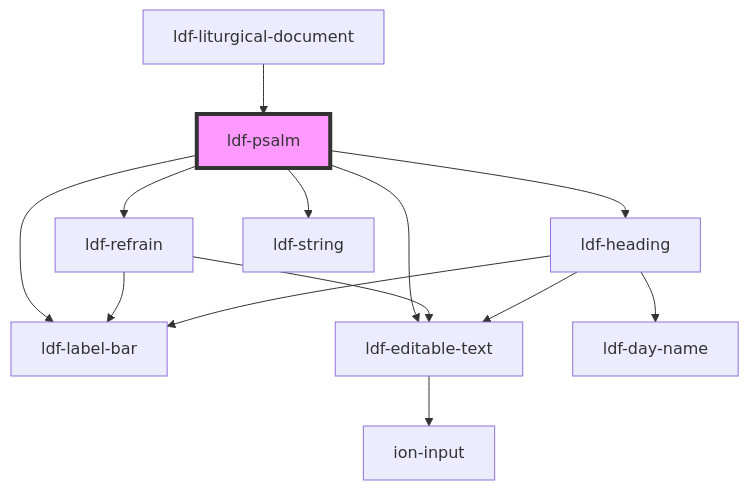
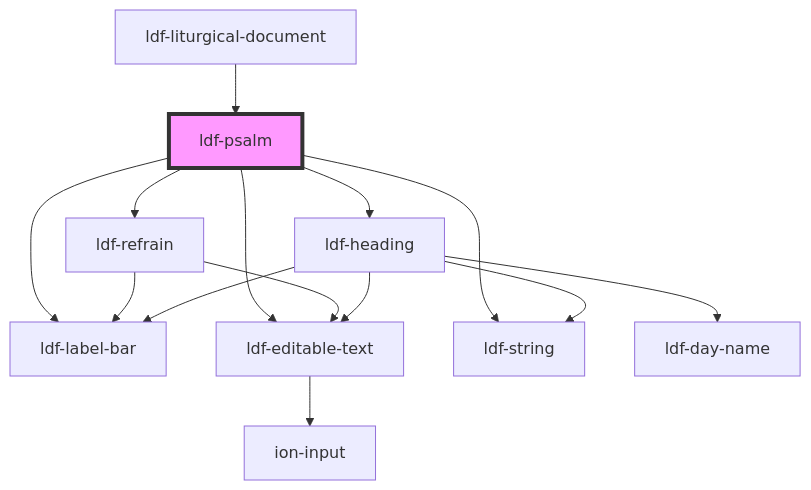
One commit to gbj/venite changed the diagram in components/src/components/psalm/readme.md. Above: the diagram before and after it, drawn with Mermaid. The commit also changed 90 other files, not shown here.

````diff
--- a/components/src/components/psalm/readme.md
+++ b/components/src/components/psalm/readme.md
@@ -32,16 +32,17 @@
 ```mermaid
 graph TD;
   ldf-psalm --> ldf-refrain
   ldf-psalm --> ldf-heading
   ldf-psalm --> ldf-label-bar
   ldf-psalm --> ldf-editable-text
   ldf-psalm --> ldf-string
   ldf-refrain --> ldf-label-bar
   ldf-refrain --> ldf-editable-text
   ldf-editable-text --> ion-input
+  ldf-heading --> ldf-string
   ldf-heading --> ldf-editable-text
   ldf-heading --> ldf-label-bar
   ldf-heading --> ldf-day-name
   ldf-liturgical-document --> ldf-psalm
   style ldf-psalm fill:#f9f,stroke:#333,stroke-width:4px
 ```
````
